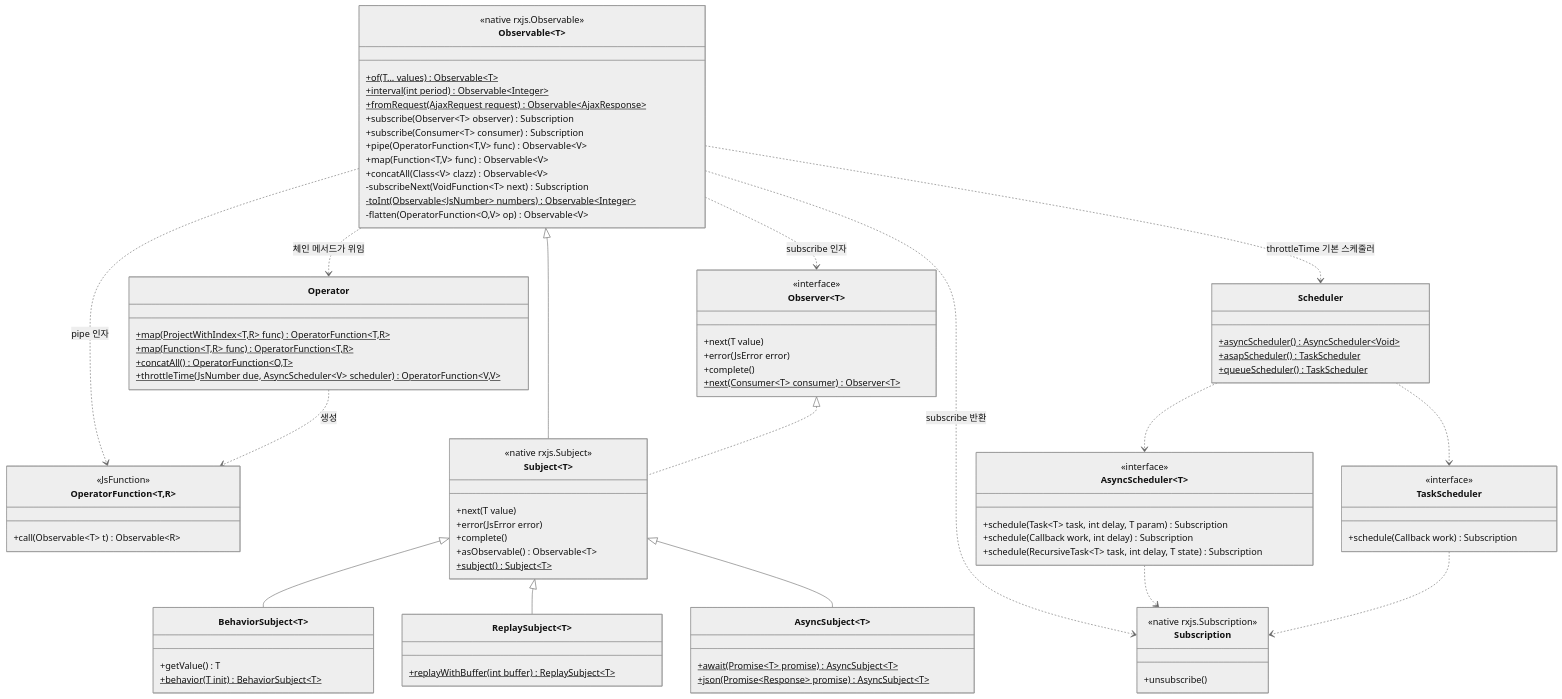
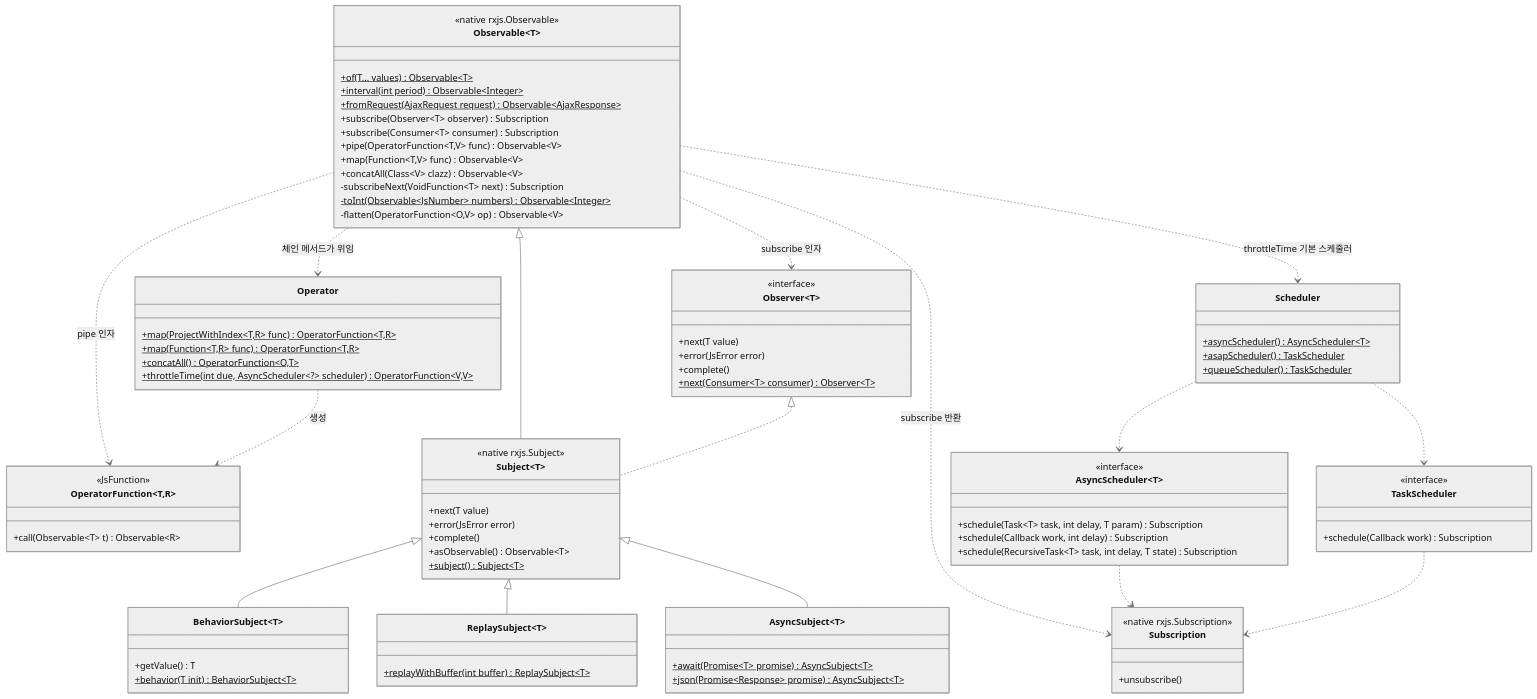
One commit to sayaya1090/sayaya-rx changed the sixth of 6 diagrams in docs/02-elaboration/design-model.md. Above: the diagram before and after it, drawn with Mermaid (neutral theme). The commit also changed other lines of this file and 16 other files, not shown here.

First line of the commit message:
refactor(rx)!: 3.0 설계 부채 해소 - 결합 결과 List 통일, Class 오버로드 제거, int/AsyncScheduler<?> 시그니처

```diff
--- a/docs/02-elaboration/design-model.md
+++ b/docs/02-elaboration/design-model.md
@@ -159,7 +159,7 @@
     +map(ProjectWithIndex~T,R~ func)$ OperatorFunction~T,R~
     +map(Function~T,R~ func)$ OperatorFunction~T,R~
     +concatAll()$ OperatorFunction~O,T~
-    +throttleTime(JsNumber due, AsyncScheduler~V~ scheduler)$ OperatorFunction~V,V~
+    +throttleTime(int due, AsyncScheduler~?~ scheduler)$ OperatorFunction~V,V~
   }
   class OperatorFunction~T,R~ {
     <<JsFunction>>
@@ -185,7 +185,7 @@
     +json(Promise~Response~ promise)$ AsyncSubject~T~
   }
   class Scheduler {
-    +asyncScheduler()$ AsyncScheduler~Void~
+    +asyncScheduler()$ AsyncScheduler~T~
     +asapScheduler()$ TaskScheduler
     +queueScheduler()$ TaskScheduler
   }
```
